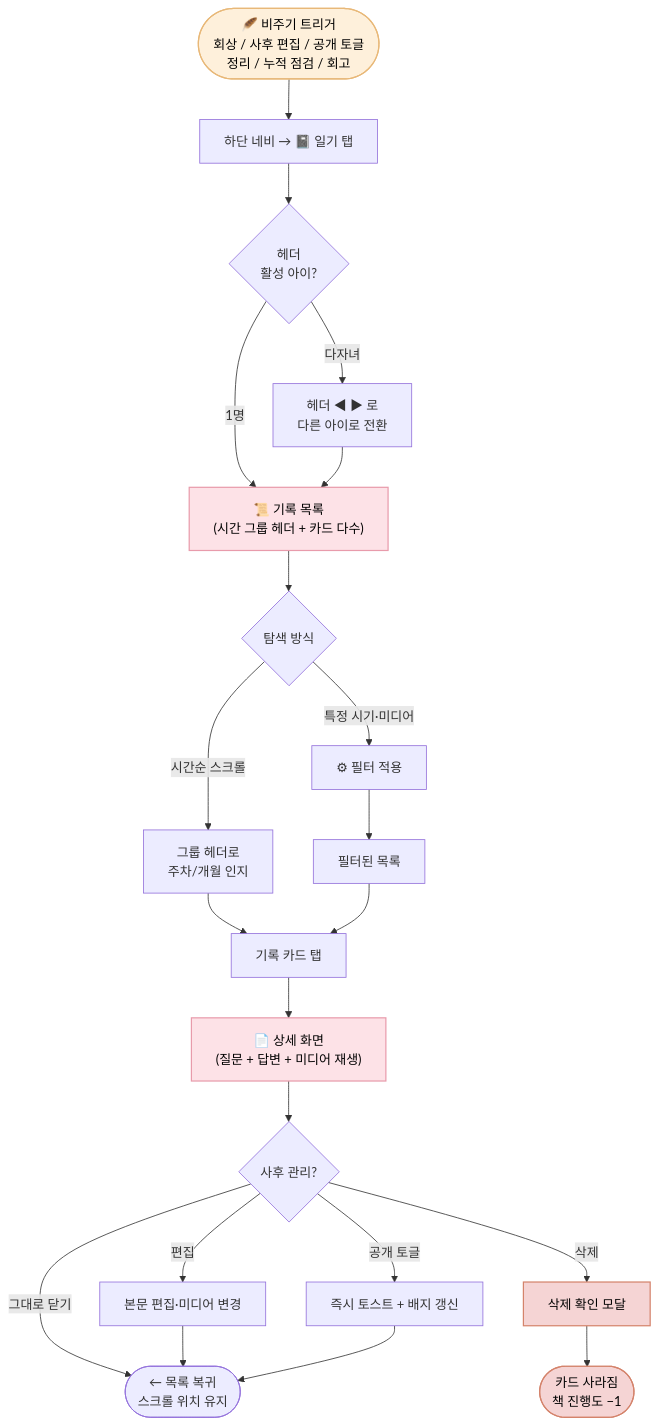
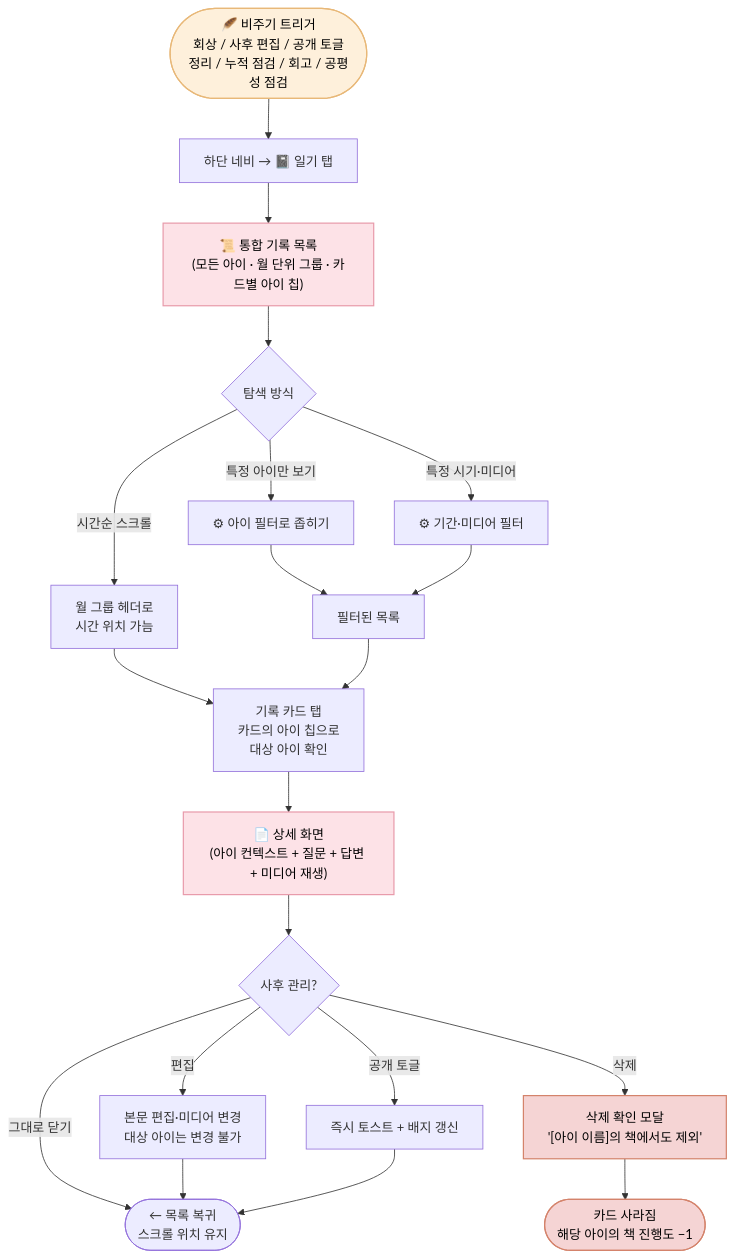
Before and after one commit to dlddu/dear-baby: the diagram in docs/journeys/diary-browse-journey.md, drawn with Mermaid. The commit also changed other lines of this file and 9 other files, not shown here.

````diff
--- a/docs/journeys/diary-browse-journey.md
+++ b/docs/journeys/diary-browse-journey.md
@@ -32,32 +56,31 @@
 ```mermaid
 flowchart TD
-    Trigger([🪶 비주기 트리거<br/>회상 / 사후 편집 / 공개 토글<br/>정리 / 누적 점검 / 회고]) --> Tap[하단 네비 → 📓 일기 탭]
-    Tap --> Header{헤더<br/>활성 아이?}
-    Header -- 1명 --> List["📜 기록 목록<br/>(시간 그룹 헤더 + 카드 다수)"]
-    Header -- 다자녀 --> Switch[헤더 ◀ ▶ 로<br/>다른 아이로 전환]
-    Switch --> List
+    Trigger([🪶 비주기 트리거<br/>회상 / 사후 편집 / 공개 토글<br/>정리 / 누적 점검 / 회고 / 공평성 점검]) --> Tap[하단 네비 → 📓 일기 탭]
+    Tap --> List["📜 통합 기록 목록<br/>(모든 아이 · 월 단위 그룹 · 카드별 아이 칩)"]
 
     List --> Browse{탐색 방식}
-    Browse -- 시간순 스크롤 --> Scroll[그룹 헤더로<br/>주차/개월 인지]
-    Browse -- 특정 시기·미디어 --> Filter[⚙ 필터 적용]
-    Filter --> List2[필터된 목록]
+    Browse -- 시간순 스크롤 --> Scroll[월 그룹 헤더로<br/>시간 위치 가늠]
+    Browse -- 특정 아이만 보기 --> AiFilter[⚙ 아이 필터로 좁히기]
+    Browse -- 특정 시기·미디어 --> Filter[⚙ 기간·미디어 필터]
+    AiFilter --> List2[필터된 목록]
+    Filter --> List2
     Scroll --> Card
     List2 --> Card
 
-    Card[기록 카드 탭] --> Detail["📄 상세 화면<br/>(질문 + 답변 + 미디어 재생)"]
+    Card[기록 카드 탭<br/>카드의 아이 칩으로<br/>대상 아이 확인] --> Detail["📄 상세 화면<br/>(아이 컨텍스트 + 질문 + 답변 + 미디어 재생)"]
     Detail --> Action{사후 관리?}
     Action -- 그대로 닫기 --> Back([← 목록 복귀<br/>스크롤 위치 유지])
-    Action -- 편집 --> Edit[본문 편집·미디어 변경]
-    Action -- 삭제 --> Confirm[삭제 확인 모달]
+    Action -- 편집 --> Edit[본문 편집·미디어 변경<br/>대상 아이는 변경 불가]
+    Action -- 삭제 --> Confirm["삭제 확인 모달<br/>'[아이 이름]의 책에서도 제외'"]
     Action -- 공개 토글 --> Toggle[즉시 토스트 + 배지 갱신]
     Edit --> Back
-    Confirm --> Removed([카드 사라짐<br/>책 진행도 −1])
+    Confirm --> Removed([카드 사라짐<br/>해당 아이의 책 진행도 −1])
     Toggle --> Back
 
     classDef trigger fill:#fef0db,stroke:#e8b878,stroke-width:1.5px,color:#000
     classDef core fill:#fde2e7,stroke:#e89bab,stroke-width:1.5px,color:#000
     classDef danger fill:#f5d4d4,stroke:#d4836b,stroke-width:1.5px,color:#000
     class Trigger trigger
     class List,Detail core
     class Confirm,Removed danger
 ```
````
